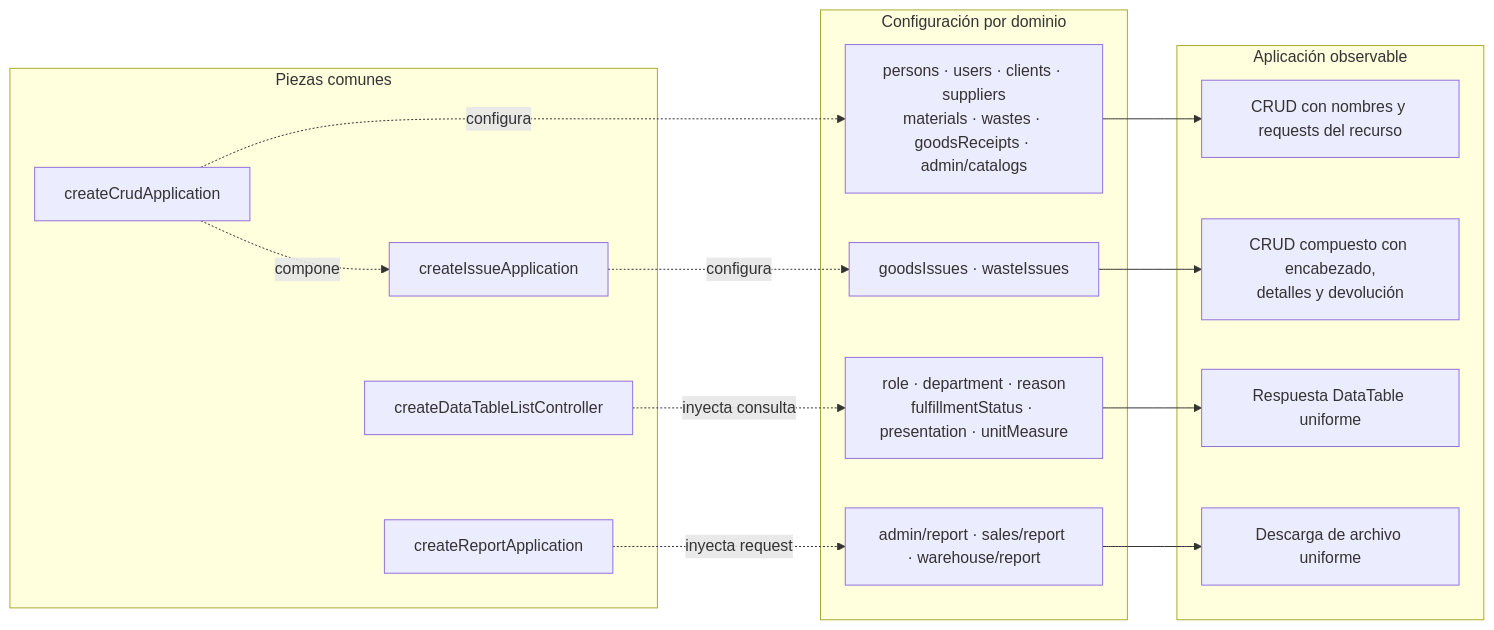
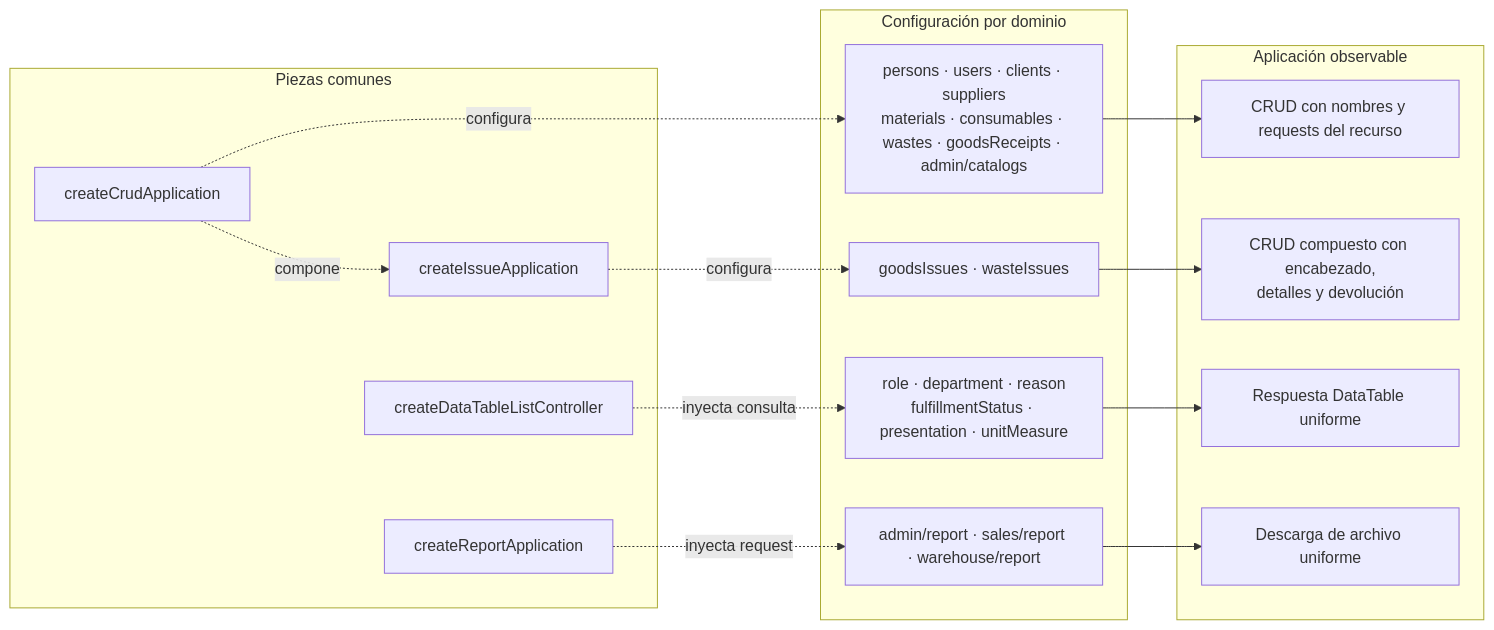
Before and after one commit to gpgsistemas01/nexus: the second of 2 diagrams in docs/architecture/views/development/code-diagrams/06-view-of-reuse-crud-and-interface.md, drawn with Mermaid. The commit also changed other lines of this file and 93 other files, not shown here.

````diff
--- a/docs/architecture/views/development/code-diagrams/06-view-of-reuse-crud-and-interface.md
+++ b/docs/architecture/views/development/code-diagrams/06-view-of-reuse-crud-and-interface.md
@@ -49,29 +50,29 @@
 ```mermaid
 flowchart LR
     subgraph shared["Piezas comunes"]
         crud["createCrudApplication"]
         issue["createIssueApplication"]
         list["createDataTableListController"]
         report["createReportApplication"]
     end
 
     subgraph adapters["Configuración por dominio"]
-        crudModules["persons · users · clients · suppliers<br/>materials · wastes · goodsReceipts · admin/catalogs"]
+        crudModules["persons · users · clients · suppliers<br/>materials · consumables · wastes · goodsReceipts · admin/catalogs"]
         issueModules["goodsIssues · wasteIssues"]
         listControllers["role · department · reason<br/>fulfillmentStatus · presentation · unitMeasure"]
         reportModules["admin/report · sales/report · warehouse/report"]
     end
 
     subgraph results["Aplicación observable"]
         crudContract["CRUD con nombres y requests del recurso"]
         issueContract["CRUD compuesto con encabezado,<br/>detalles y devolución"]
         listContract["Respuesta DataTable uniforme"]
         reportContract["Descarga de archivo uniforme"]
     end
 
     crud -. configura .-> crudModules --> crudContract
     crud -. compone .-> issue
     issue -. configura .-> issueModules --> issueContract
     list -. inyecta consulta .-> listControllers --> listContract
     report -. inyecta request .-> reportModules --> reportContract
 ```
````
